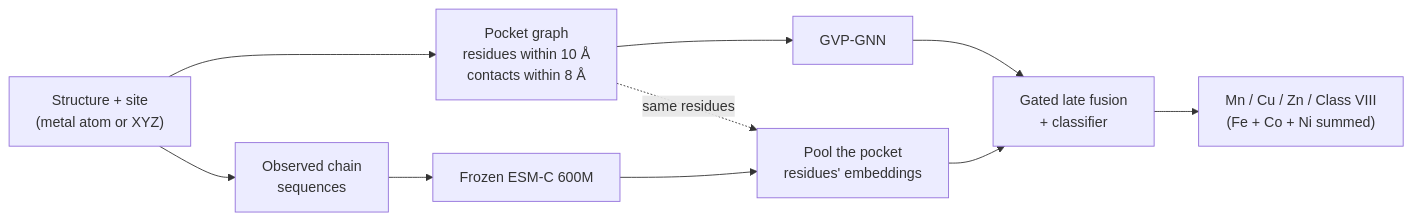
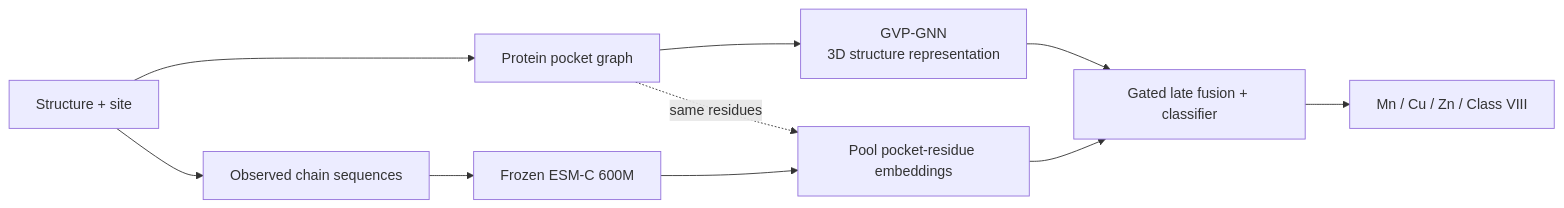
The diagram in README.md (MECHTI1/DeepMzyme), drawn with Mermaid before and after one commit. The commit also changed other lines of this file and 2 other files, not shown here.

````diff
--- a/README.md
+++ b/README.md
@@ -25,12 +67,12 @@
 ```mermaid
 flowchart LR
-    Input["Structure + site<br/>(metal atom or XYZ)"] --> Pocket["Pocket graph<br/>residues within 10 Å<br/>contacts within 8 Å"]
-    Input --> Seq["Observed chain<br/>sequences"]
-    Pocket --> GVP["GVP-GNN"]
+    Input["Structure + site"] --> Pocket["Protein pocket graph"]
+    Input --> Seq["Observed chain sequences"]
+    Pocket --> GVP["GVP-GNN<br/>3D structure representation"]
     Seq --> ESM["Frozen ESM-C 600M"]
-    ESM --> Pool["Pool the pocket<br/>residues' embeddings"]
+    ESM --> Pool["Pool pocket-residue embeddings"]
     Pocket -. same residues .-> Pool
-    GVP --> Fusion["Gated late fusion<br/>+ classifier"]
+    GVP --> Fusion["Gated late fusion + classifier"]
     Pool --> Fusion
-    Fusion --> Out["Mn / Cu / Zn / Class VIII<br/>(Fe + Co + Ni summed)"]
+    Fusion --> Out["Mn / Cu / Zn / Class VIII"]
 ```
````
